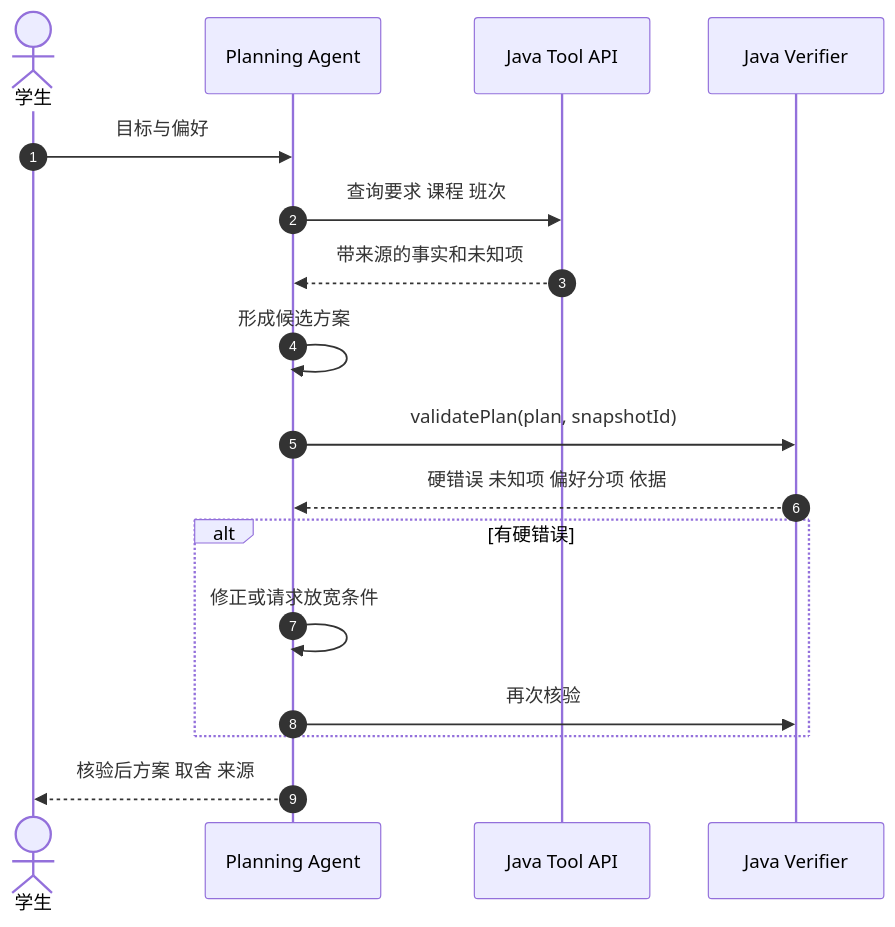
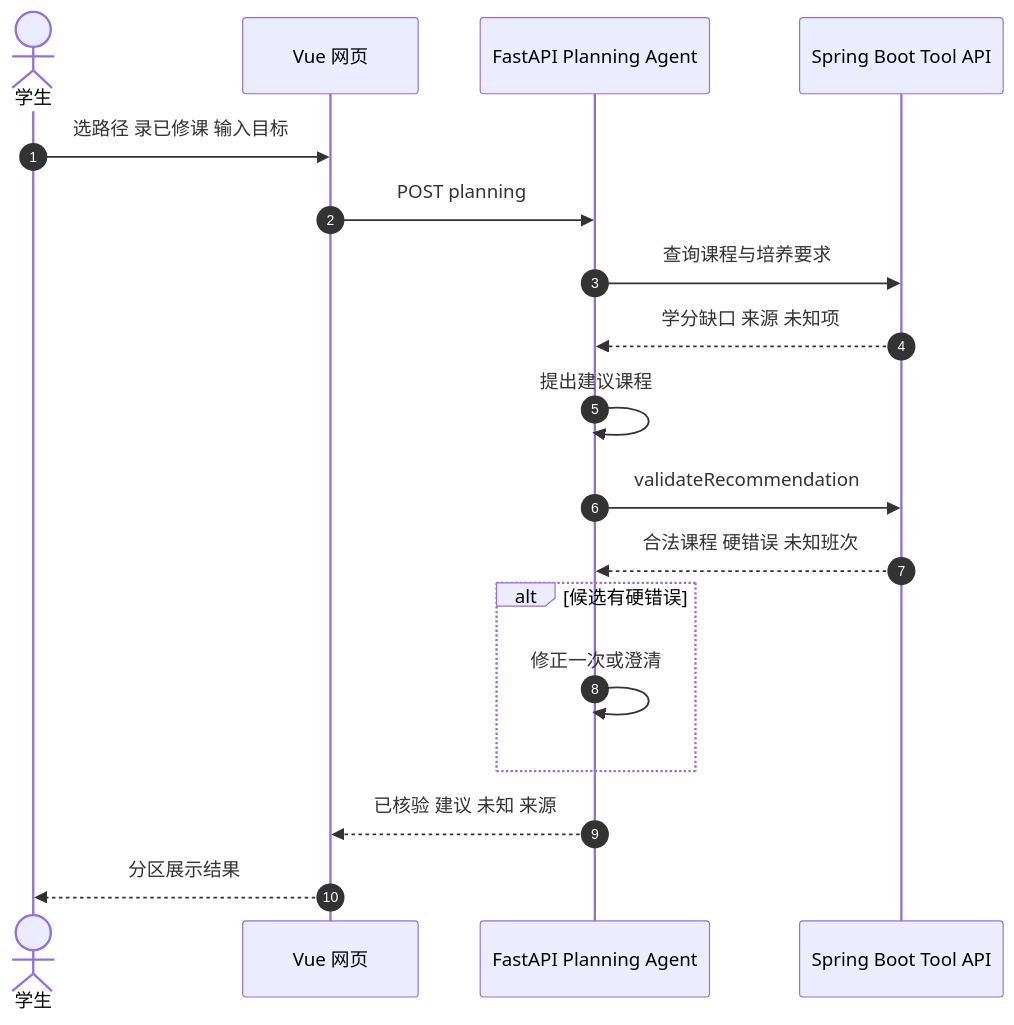
The diagram in docs/diagrams/planning-verification.mmd (HelicasECoode42/CoursePilot-Evo), drawn with Mermaid before and after one commit. The commit also changed 25 other files, not shown here.

```diff
--- a/docs/diagrams/planning-verification.mmd
+++ b/docs/diagrams/planning-verification.mmd
@@ -1,17 +1,18 @@
 sequenceDiagram
   autonumber
   actor Student as 学生
-  participant Agent as Planning Agent
-  participant Tools as Java Tool API
-  participant Verifier as Java Verifier
-  Student->>Agent: 目标与偏好
-  Agent->>Tools: 查询要求 课程 班次
-  Tools-->>Agent: 带来源的事实和未知项
-  Agent->>Agent: 形成候选方案
-  Agent->>Verifier: validatePlan(plan, snapshotId)
-  Verifier-->>Agent: 硬错误 未知项 偏好分项 依据
-  alt 有硬错误
-    Agent->>Agent: 修正或请求放宽条件
-    Agent->>Verifier: 再次核验
+  participant Web as Vue 网页
+  participant Agent as FastAPI Planning Agent
+  participant Java as Spring Boot Tool API
+  Student->>Web: 选路径 录已修课 输入目标
+  Web->>Agent: POST planning
+  Agent->>Java: 查询课程与培养要求
+  Java-->>Agent: 学分缺口 来源 未知项
+  Agent->>Agent: 提出建议课程
+  Agent->>Java: validateRecommendation
+  Java-->>Agent: 合法课程 硬错误 未知班次
+  alt 候选有硬错误
+    Agent->>Agent: 修正一次或澄清
   end
-  Agent-->>Student: 核验后方案 取舍 来源
+  Agent-->>Web: 已核验 建议 未知 来源
+  Web-->>Student: 分区展示结果
```
